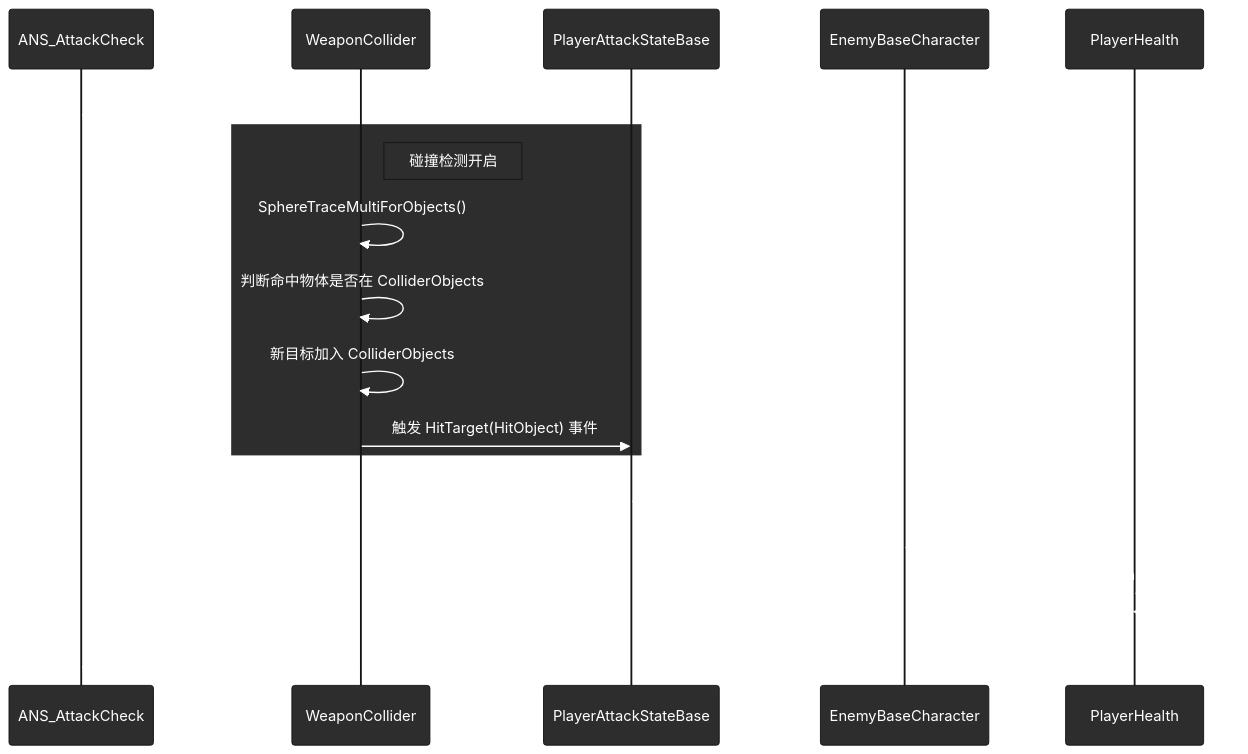
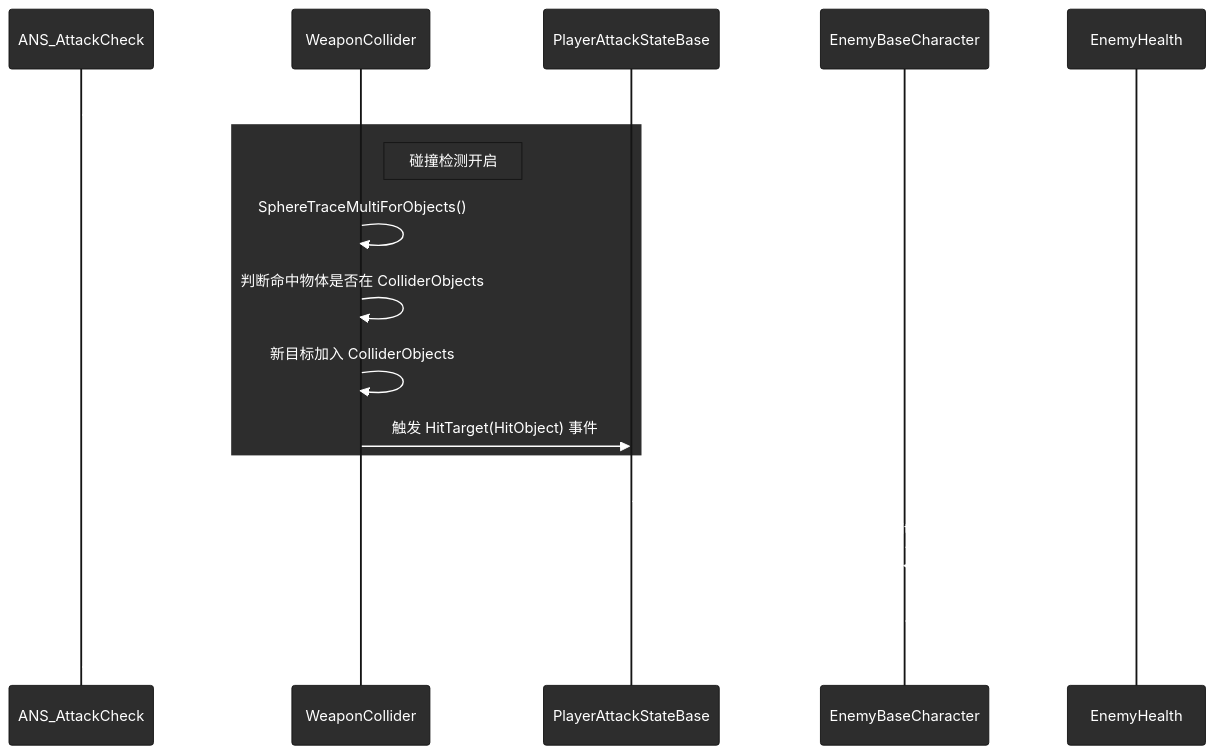
The third of 4 diagrams in README/C++代码结构说明.md (gd-dd/CUSGA_game), drawn with Mermaid before and after one commit. The commit also changed other lines of this file and 17 other files, not shown here.

````diff
--- a/README/C++代码结构说明.md
+++ b/README/C++代码结构说明.md
@@ -391,25 +686,25 @@
 ```mermaid
 %%{init: {'theme': 'base', 'themeVariables': { 'background': '#000000', 'primaryColor': '#2D2D2D', 'primaryTextColor': '#FFFFFF', 'lineColor': '#FFFFFF', 'noteBkgColor': '#2D2D2D', 'noteTextColor': '#FFFFFF'}}}%%
 sequenceDiagram
     participant ANS as ANS_AttackCheck
     participant WC as WeaponCollider
     participant SM as PlayerAttackStateBase
     participant Enemy as EnemyBaseCharacter
-    participant Health as PlayerHealth
+    participant Health as EnemyHealth
 
     ANS->>WC: NotifyBegin -> EnableCollider()
     
     rect rgb(45, 45, 45)
         note right of WC: 碰撞检测开启
         WC->>WC: SphereTraceMultiForObjects()
         WC->>WC: 判断命中物体是否在 ColliderObjects
         WC->>WC: 新目标加入 ColliderObjects
         WC->>SM: 触发 HitTarget(HitObject) 事件
     end
     
     SM->>Enemy: ApplyPointDamage(HitObject)
-    Enemy->>Health: ReduceHealth(Damage)
-    Health->>Health: OnHealthChange.Broadcast()
+    Enemy->>Enemy: ReceiveHit(Damage)
+    Enemy->>Health: 更新 Health / MaxHealth
     
     ANS->>WC: NotifyEnd -> DisableCollider()
 ```
````
